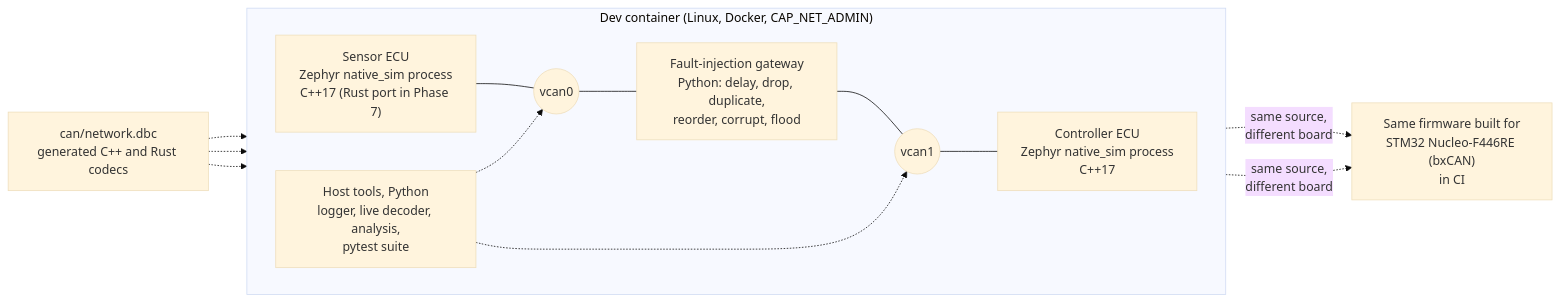
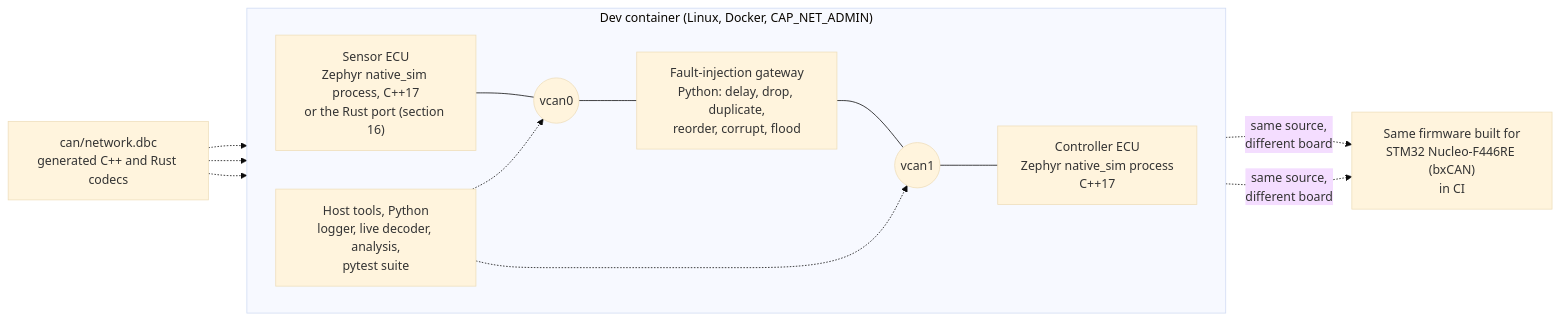
The diagram in DESIGN.md (dcgursoy/can-ecu-sim), drawn with Mermaid (base theme) before and after one commit. The commit also changed other lines of this file and 3 other files, not shown here.

First line of the commit message:
Phase 8: final README with the architecture diagram, every number traced to its run, DESIGN and RESULTS consolidated

````diff
--- a/DESIGN.md
+++ b/DESIGN.md
@@ -53,24 +60,24 @@
 ```mermaid
 flowchart LR
     subgraph dc["Dev container (Linux, Docker, CAP_NET_ADMIN)"]
         direction LR
-        S["Sensor ECU<br/>Zephyr native_sim process<br/>C++17 (Rust port in Phase 7)"]
+        S["Sensor ECU<br/>Zephyr native_sim process, C++17<br/>or the Rust port (section 16)"]
         C["Controller ECU<br/>Zephyr native_sim process<br/>C++17"]
         V0(("vcan0"))
         V1(("vcan1"))
         GW["Fault-injection gateway<br/>Python: delay, drop, duplicate,<br/>reorder, corrupt, flood"]
         T["Host tools, Python<br/>logger, live decoder, analysis,<br/>pytest suite"]
         S --- V0
         V0 --- GW
         GW --- V1
         V1 --- C
         T -.-> V0
         T -.-> V1
     end
     DBC["can/network.dbc<br/>generated C++ and Rust codecs"] -.-> S
     DBC -.-> C
     DBC -.-> T
     STM["Same firmware built for<br/>STM32 Nucleo-F446RE (bxCAN)<br/>in CI"]
     S -. "same source,<br/>different board" .-> STM
     C -. "same source,<br/>different board" .-> STM
 ```
````
